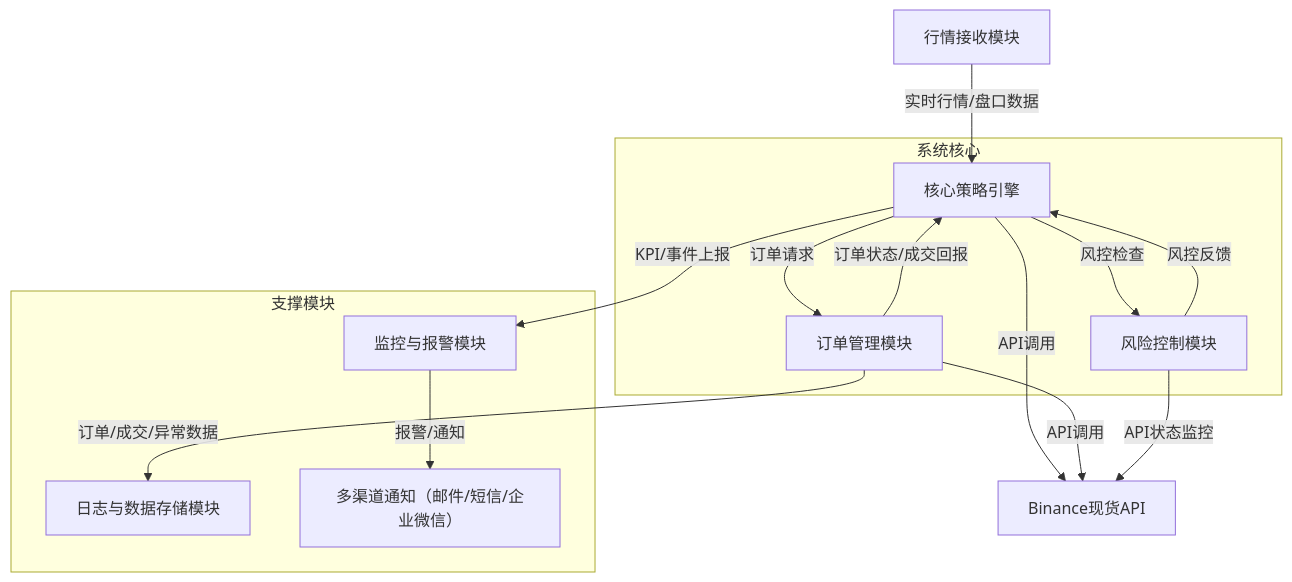
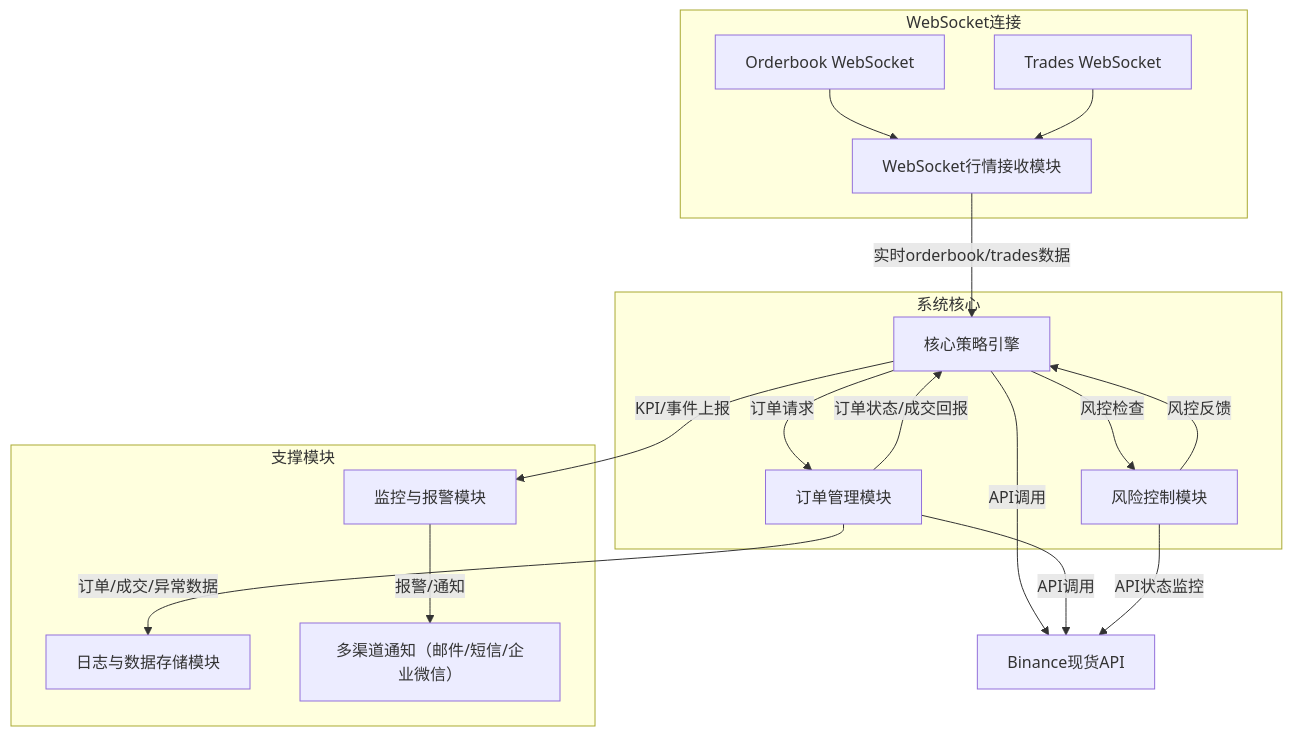
The diagram in docs/项目架构设计.md (power1588/MM_LOGIC), drawn with Mermaid before and after one commit. The commit also changed other lines of this file and 5 other files, not shown here.

````diff
--- a/docs/项目架构设计.md
+++ b/docs/项目架构设计.md
@@ -254,25 +334,29 @@
 ```mermaid
 flowchart TD
-    A[行情接收模块] -- 实时行情/盘口数据 --> B[核心策略引擎]
+    A[WebSocket行情接收模块] -- 实时orderbook/trades数据 --> B[核心策略引擎]
     B -- 订单请求 --> C[订单管理模块]
     C -- 订单状态/成交回报 --> B
     B -- 风控检查 --> D[风险控制模块]
     D -- 风控反馈 --> B
     B -- KPI/事件上报 --> E[监控与报警模块]
     C -- 订单/成交/异常数据 --> F[日志与数据存储模块]
     E -- 报警/通知 --> G[多渠道通知（邮件/短信/企业微信）]
     B -- API调用 --> H[Binance现货API]
     C -- API调用 --> H
     D -- API状态监控 --> H
+    subgraph WebSocket连接
+        I[Orderbook WebSocket] --> A
+        J[Trades WebSocket] --> A
+    end
     subgraph 系统核心
         B
         C
         D
     end
     subgraph 支撑模块
         E
         F
         G
     end
     H[Binance现货API]
 ```
````
